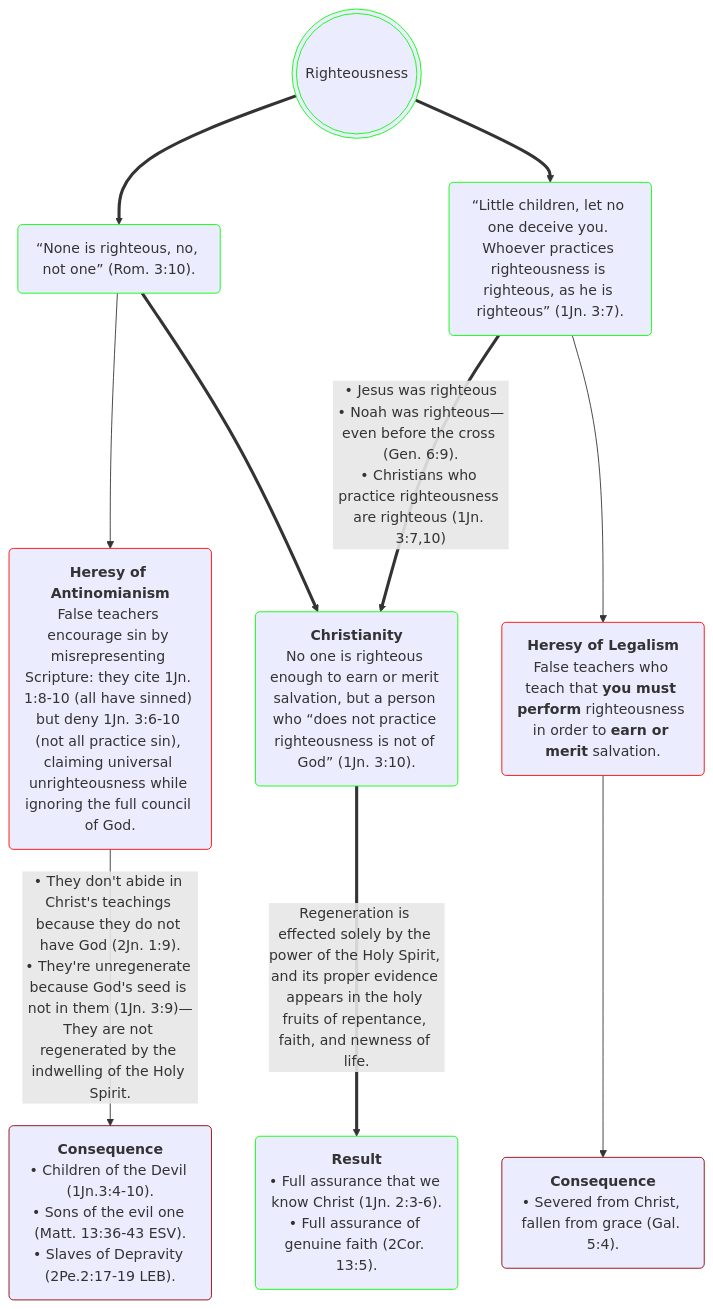
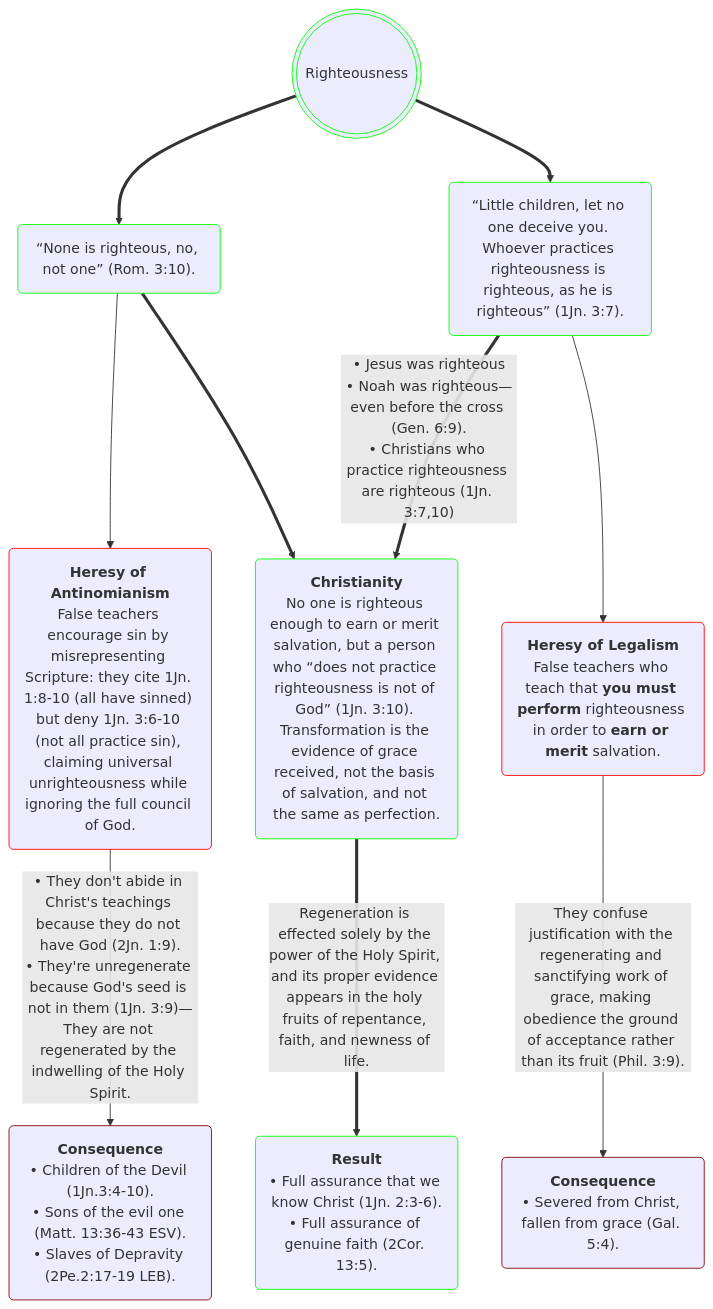
One commit to OrdoLuminis/ordoluminis.github.io changed the diagram in _posts/2026-05-23-righteousness.markdown. Above: the diagram before and after it, drawn with Mermaid. The commit also changed other lines of this file, not shown here.

Commit message:
chart fixes

````diff
--- a/_posts/2026-05-23-righteousness.markdown
+++ b/_posts/2026-05-23-righteousness.markdown
@@ -46,16 +46,16 @@
 ```mermaid
 flowchart TD
     A(((Righteousness))):::green
     A ==> B(&ldquo;None is righteous, no, not one&rdquo; &lpar;Rom. 3:10&rpar;.):::green
     A ==> C(&ldquo;Little children, let no one deceive you. Whoever practices righteousness is righteous, as he is righteous&rdquo; &lpar;1Jn. 3:7&rpar;.):::green
     B --> D(<strong>Heresy of Antinomianism</strong><br>False teachers encourage sin by misrepresenting Scripture: they cite 1Jn. 1:8-10 &lpar;all have sinned&rpar; but deny 1Jn. 3:6-10 &lpar;not all practice sin&rpar;, claiming universal unrighteousness while ignoring the full council of God.):::red
     C --> E(<strong>Heresy of Legalism</strong><br>False teachers who teach that <strong>you must perform</strong> righteousness in order to <strong>earn or merit</strong> salvation.):::red
-    B ==> F(<strong>Christianity</strong><br>No one is righteous enough to earn or merit salvation, but a person who &ldquo;does not practice righteousness is not of God&rdquo; &lpar;1Jn. 3:10&rpar;.):::green
+    B ==> F(<strong>Christianity</strong><br>No one is righteous enough to earn or merit salvation, but a person who &ldquo;does not practice righteousness is not of God&rdquo; &lpar;1Jn. 3:10&rpar;. Transformation is the evidence of grace received, not the basis of salvation, and not the same as perfection.):::green
     C ==>|&bull; Jesus was righteous<br>&bull; Noah was righteous&mdash;even before the cross &lpar;Gen. 6:9&rpar;.<br>&bull; Christians who practice righteousness are righteous &lpar;1Jn. 3:7,10&rpar;| F
     D -->|&bull; They don't abide in Christ's teachings because they do not have God &lpar;2Jn. 1:9&rpar;.<br>&bull; They're unregenerate because God's seed is not in them &lpar;1Jn. 3:9&rpar;&mdash;They are not regenerated by the indwelling of the Holy Spirit.| G(<strong>Consequence</strong><br>&bull; Children of the Devil &lpar;1Jn.3:4-10&rpar;.<br>&bull; Sons of the evil one &lpar;Matt. 13:36-43 ESV&rpar;.<br>&bull; Slaves of Depravity &lpar;2Pe.2:17-19 LEB&rpar;.):::darkred
-    E --> H(<strong>Consequence</strong><br>&bull; Severed from Christ, fallen from grace &lpar;Gal. 5:4&rpar;.):::darkred
+    E -->|They confuse justification with the regenerating and sanctifying work of grace, making obedience the ground of acceptance rather than its fruit &lpar;Phil. 3:9&rpar;.| H(<strong>Consequence</strong><br>&bull; Severed from Christ, fallen from grace &lpar;Gal. 5:4&rpar;.):::darkred
     F ==>|Regeneration is effected solely by the power of the Holy Spirit, and its proper evidence appears in the holy fruits of repentance, faith, and newness of life.| I(<strong>Result</strong><br>&bull; Full assurance that we know Christ &lpar;1Jn. 2:3-6&rpar;.<br>&bull; Full assurance of genuine faith &lpar;2Cor. 13:5&rpar;. ):::green
     classDef red stroke:#f00
     classDef green stroke:#0f0
     classDef darkred stroke:#8B0000
 ```
````
